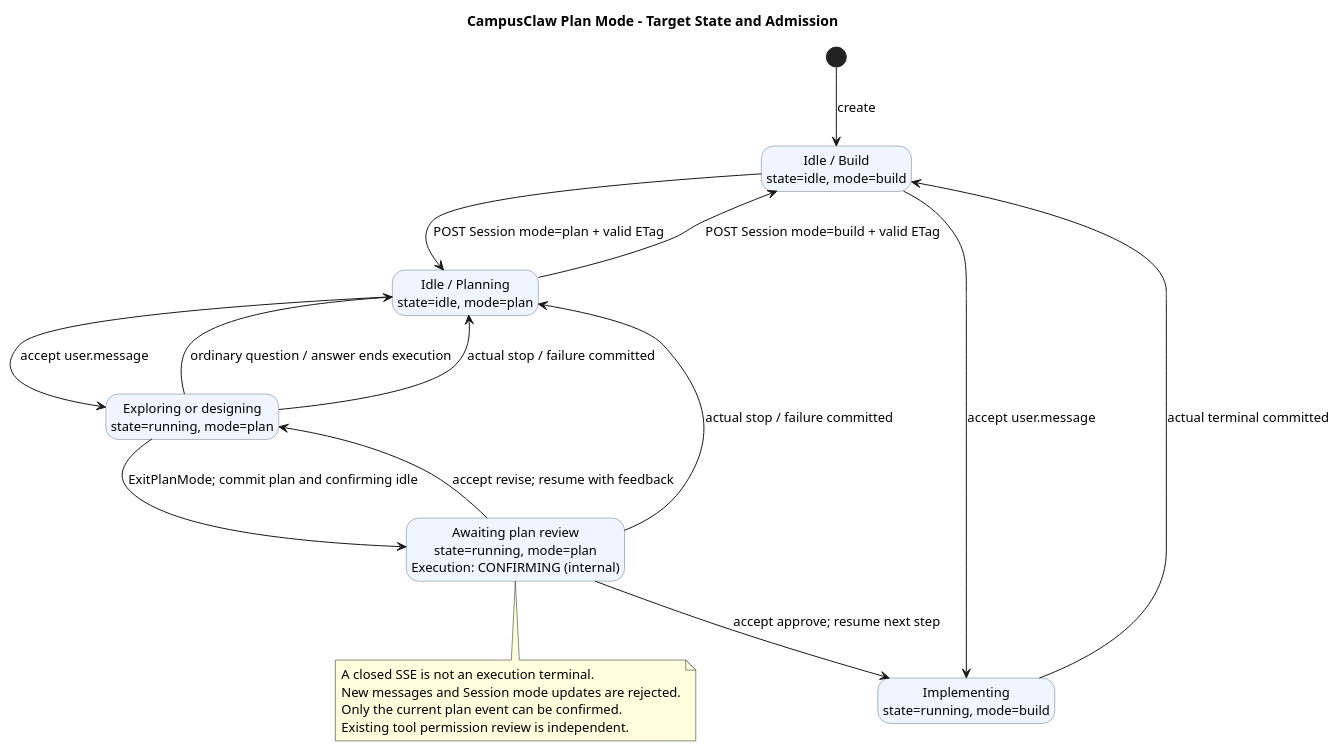
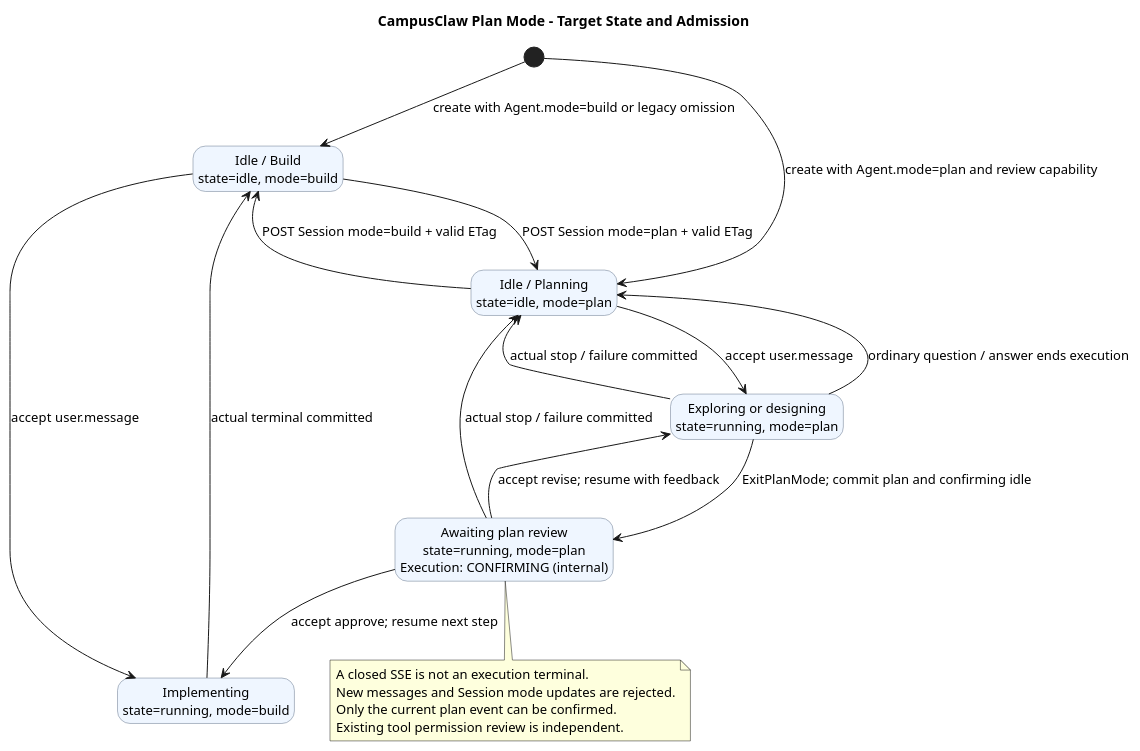
One commit to ssm0808/pi-mono-java-design changed the third of 5 diagrams in 01-总体架构/06-CampusClaw计划模式/diagram.puml. Above: the diagram before and after it, drawn with PlantUML. The commit also changed other lines of this file and 33 other files, not shown here.

Commit message:
docs(agent): 新增默认 mode 并初始化新会话模式

```diff
--- a/01-总体架构/06-CampusClaw计划模式/diagram.puml
+++ b/01-总体架构/06-CampusClaw计划模式/diagram.puml
@@ -276,43 +307,44 @@
 @startuml plan_mode_state
 ' Source baseline: pi-mono-java 09b32d8ea4a4b43b34be302d8b2745bdc417c9a2.
 ' Source: modules/coding-agent-cli/src/main/java/com/campusclaw/codingagent/runtimeapi/session/RuntimeSessionState.java :: IDLE, RUNNING.
 ' Source: modules/coding-agent-cli/src/main/java/com/campusclaw/codingagent/runtimeapi/event/RuntimeExecutionCoordinator.java :: timeout, commitAndRelease.
 ' Source: frontend/src/runtime/eventStore.ts :: executionState; the plan projection is target-only.
 ' Observed behavior: confirming closes HTTP output without releasing Session admission.
 ' Design reason: review stays in execution state; clients recover from events, without a Session pointer.
 ' Java divergence: manual mode switching is idle-only; approval exits within the original execution.
 title CampusClaw Plan Mode - Target State and Admission
 skinparam backgroundColor #FFFFFF
 skinparam defaultFontName SansSerif
 skinparam defaultFontSize 13
 skinparam shadowing false
 skinparam stateBackgroundColor #EFF6FF
 skinparam stateBorderColor #64748B
 hide empty description
 
 state "Idle / Build\nstate=idle, mode=build" as Normal
 state "Idle / Planning\nstate=idle, mode=plan" as PlanIdle
 state "Exploring or designing\nstate=running, mode=plan" as Planning
 state "Awaiting plan review\nstate=running, mode=plan\nExecution: CONFIRMING (internal)" as Reviewing
 state "Implementing\nstate=running, mode=build" as Implementing
 
-[*] --> Normal : create
+[*] --> Normal : create with Agent.mode=build or legacy omission
+[*] --> PlanIdle : create with Agent.mode=plan and review capability
 Normal --> PlanIdle : POST Session mode=plan + valid ETag
 PlanIdle --> Normal : POST Session mode=build + valid ETag
 PlanIdle --> Planning : accept user.message
 Planning --> PlanIdle : ordinary question / answer ends execution
 Planning --> Reviewing : ExitPlanMode; commit plan and confirming idle
 Reviewing --> Planning : accept revise; resume with feedback
 Reviewing --> Implementing : accept approve; resume next step
 Normal --> Implementing : accept user.message
 Implementing --> Normal : actual terminal committed
 Planning --> PlanIdle : actual stop / failure committed
 Reviewing --> PlanIdle : actual stop / failure committed
 
 note bottom of Reviewing
   A closed SSE is not an execution terminal.
   New messages and Session mode updates are rejected.
   Only the current plan event can be confirmed.
   Existing tool permission review is independent.
 end note
 @enduml
```
